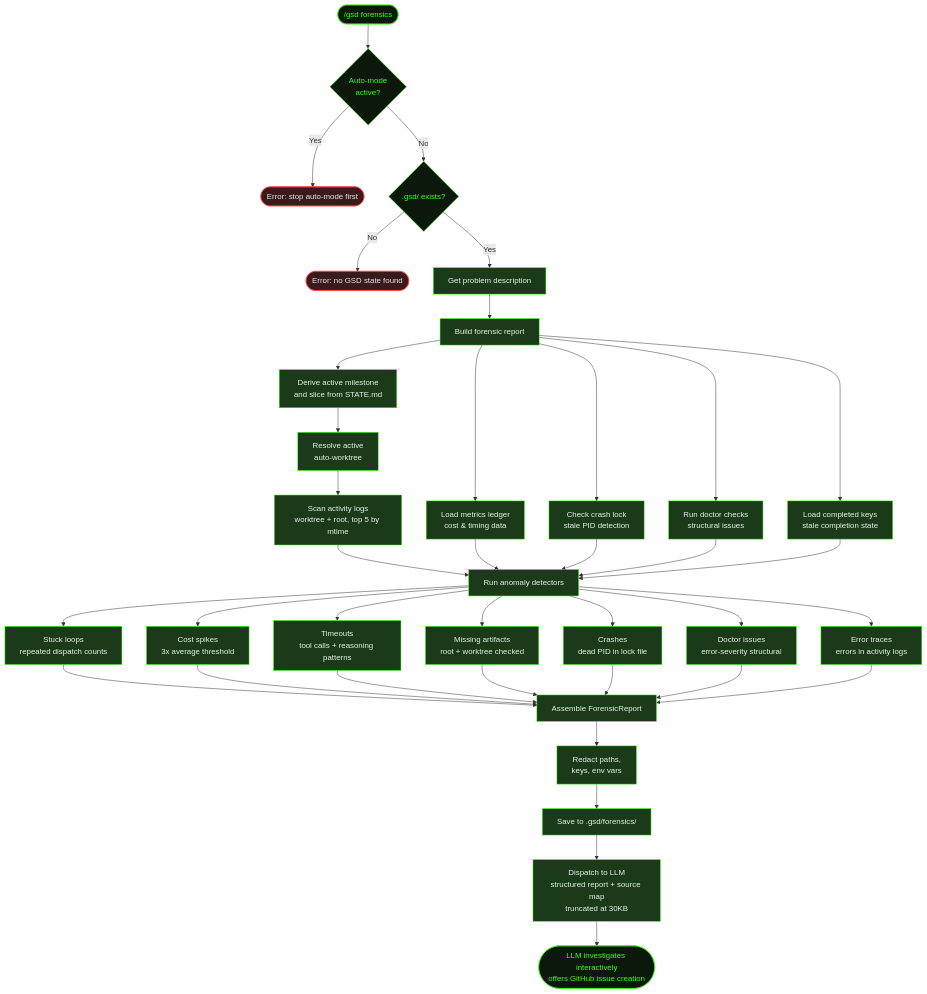
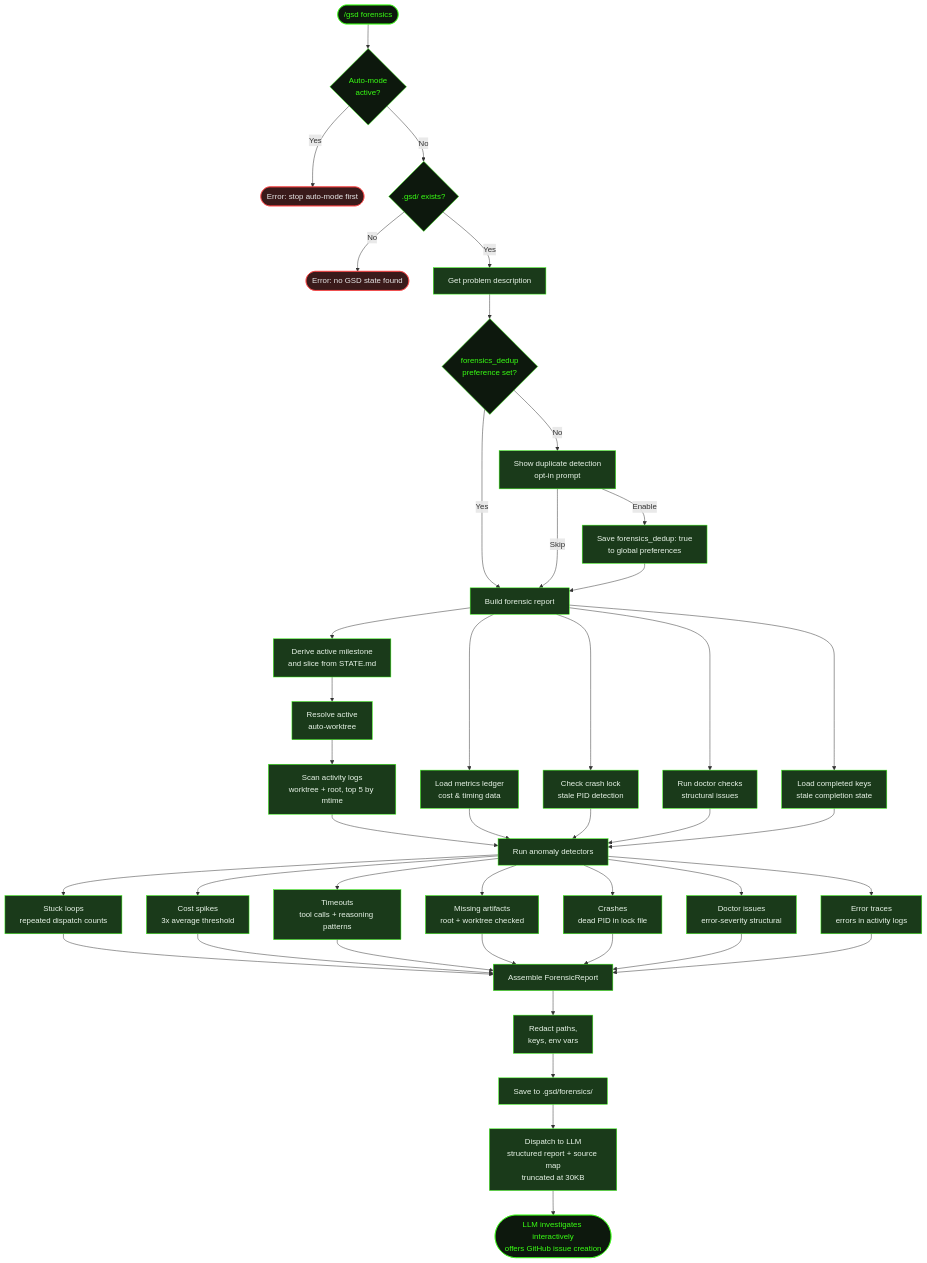
One commit to shusha-group/gsd2-guide changed the diagram in src/content/docs/commands/forensics.mdx. Above: the diagram before and after it, drawn with Mermaid. The commit also changed other lines of this file and 31 other files, not shown here.

````diff
--- a/src/content/docs/commands/forensics.mdx
+++ b/src/content/docs/commands/forensics.mdx
@@ -28,73 +28,81 @@
 ```mermaid
 flowchart TD
     Start(["/gsd forensics"]) --> Active{Auto-mode<br/>active?}
     Active -->|Yes| Blocked([Error: stop auto-mode first])
     Active -->|No| GSD{.gsd/ exists?}
     GSD -->|No| NoState([Error: no GSD state found])
     GSD -->|Yes| Prompt[Get problem description]
 
-    Prompt --> Build[Build forensic report]
+    Prompt --> DedupPref{forensics_dedup<br/>preference set?}
+    DedupPref -->|Yes| Build[Build forensic report]
+    DedupPref -->|No| DedupChoice[Show duplicate detection<br/>opt-in prompt]
+    DedupChoice -->|Enable| SavePref[Save forensics_dedup: true<br/>to global preferences]
+    DedupChoice -->|Skip| Build
+    SavePref --> Build
 
     Build --> State[Derive active milestone<br/>and slice from STATE.md]
     State --> Worktree[Resolve active<br/>auto-worktree]
     Worktree --> Scan1[Scan activity logs<br/>worktree + root, top 5 by mtime]
     Build --> Scan2[Load metrics ledger<br/>cost & timing data]
     Build --> Scan3[Check crash lock<br/>stale PID detection]
     Build --> Scan4[Run doctor checks<br/>structural issues]
     Build --> Scan5[Load completed keys<br/>stale completion state]
 
     Scan1 --> Detect[Run anomaly detectors]
     Scan2 --> Detect
     Scan3 --> Detect
     Scan4 --> Detect
     Scan5 --> Detect
 
     Detect --> D1[Stuck loops<br/>repeated dispatch counts]
     Detect --> D2[Cost spikes<br/>3x average threshold]
     Detect --> D3[Timeouts<br/>tool calls + reasoning patterns]
     Detect --> D4[Missing artifacts<br/>root + worktree checked]
     Detect --> D5[Crashes<br/>dead PID in lock file]
     Detect --> D6[Doctor issues<br/>error-severity structural]
     Detect --> D7[Error traces<br/>errors in activity logs]
 
     D1 --> Report[Assemble ForensicReport]
     D2 --> Report
     D3 --> Report
     D4 --> Report
     D5 --> Report
     D6 --> Report
     D7 --> Report
 
     Report --> Redact[Redact paths,<br/>keys, env vars]
     Redact --> Save[Save to .gsd/forensics/]
     Save --> Dispatch[Dispatch to LLM<br/>structured report + source map<br/>truncated at 30KB]
     Dispatch --> LLM([LLM investigates interactively<br/>offers GitHub issue creation])
 
     style Start fill:#0d180d,stroke:#39ff14,color:#39ff14
     style Active fill:#0d180d,stroke:#39ff14,color:#39ff14
     style GSD fill:#0d180d,stroke:#39ff14,color:#39ff14
+    style DedupPref fill:#0d180d,stroke:#39ff14,color:#39ff14
     style Blocked fill:#3a1a1a,stroke:#ff4444,color:#e8e8e8
     style NoState fill:#3a1a1a,stroke:#ff4444,color:#e8e8e8
     style Prompt fill:#1a3a1a,stroke:#39ff14,color:#e8f4e8
+    style DedupChoice fill:#1a3a1a,stroke:#39ff14,color:#e8f4e8
+    style SavePref fill:#1a3a1a,stroke:#39ff14,color:#e8f4e8
     style Build fill:#1a3a1a,stroke:#39ff14,color:#e8f4e8
     style State fill:#1a3a1a,stroke:#39ff14,color:#e8f4e8
     style Worktree fill:#1a3a1a,stroke:#39ff14,color:#e8f4e8
     style Scan1 fill:#1a3a1a,stroke:#39ff14,color:#e8f4e8
     style Scan2 fill:#1a3a1a,stroke:#39ff14,color:#e8f4e8
     style Scan3 fill:#1a3a1a,stroke:#39ff14,color:#e8f4e8
     style Scan4 fill:#1a3a1a,stroke:#39ff14,color:#e8f4e8
     style Scan5 fill:#1a3a1a,stroke:#39ff14,color:#e8f4e8
     style Detect fill:#1a3a1a,stroke:#39ff14,color:#e8f4e8
     style D1 fill:#1a3a1a,stroke:#39ff14,color:#e8f4e8
     style D2 fill:#1a3a1a,stroke:#39ff14,color:#e8f4e8
     style D3 fill:#1a3a1a,stroke:#39ff14,color:#e8f4e8
     style D4 fill:#1a3a1a,stroke:#39ff14,color:#e8f4e8
     style D5 fill:#1a3a1a,stroke:#39ff14,color:#e8f4e8
     style D6 fill:#1a3a1a,stroke:#39ff14,color:#e8f4e8
     style D7 fill:#1a3a1a,stroke:#39ff14,color:#e8f4e8
     style Report fill:#1a3a1a,stroke:#39ff14,color:#e8f4e8
     style Redact fill:#1a3a1a,stroke:#39ff14,color:#e8f4e8
     style Save fill:#1a3a1a,stroke:#39ff14,color:#e8f4e8
     style Dispatch fill:#1a3a1a,stroke:#39ff14,color:#e8f4e8
     style LLM fill:#0d180d,stroke:#39ff14,color:#39ff14
 ```
````
